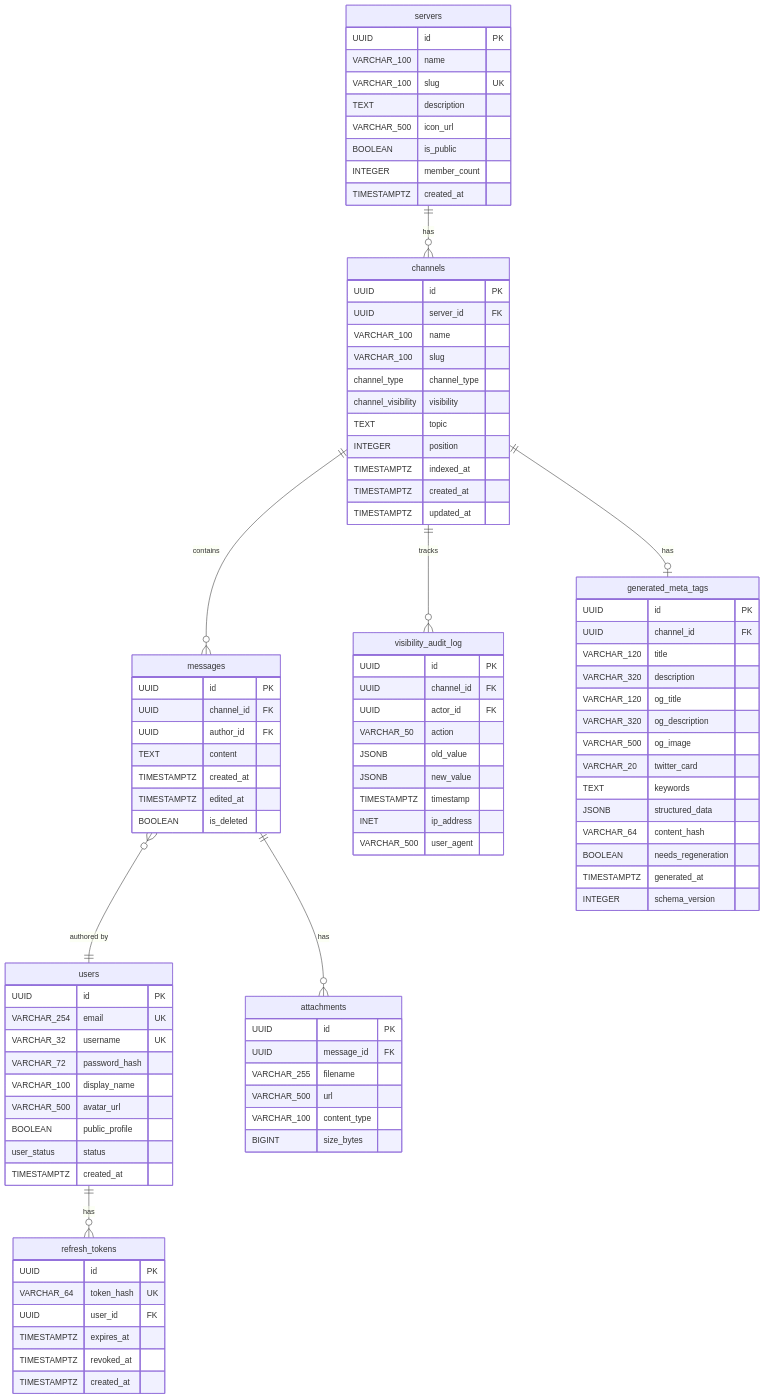
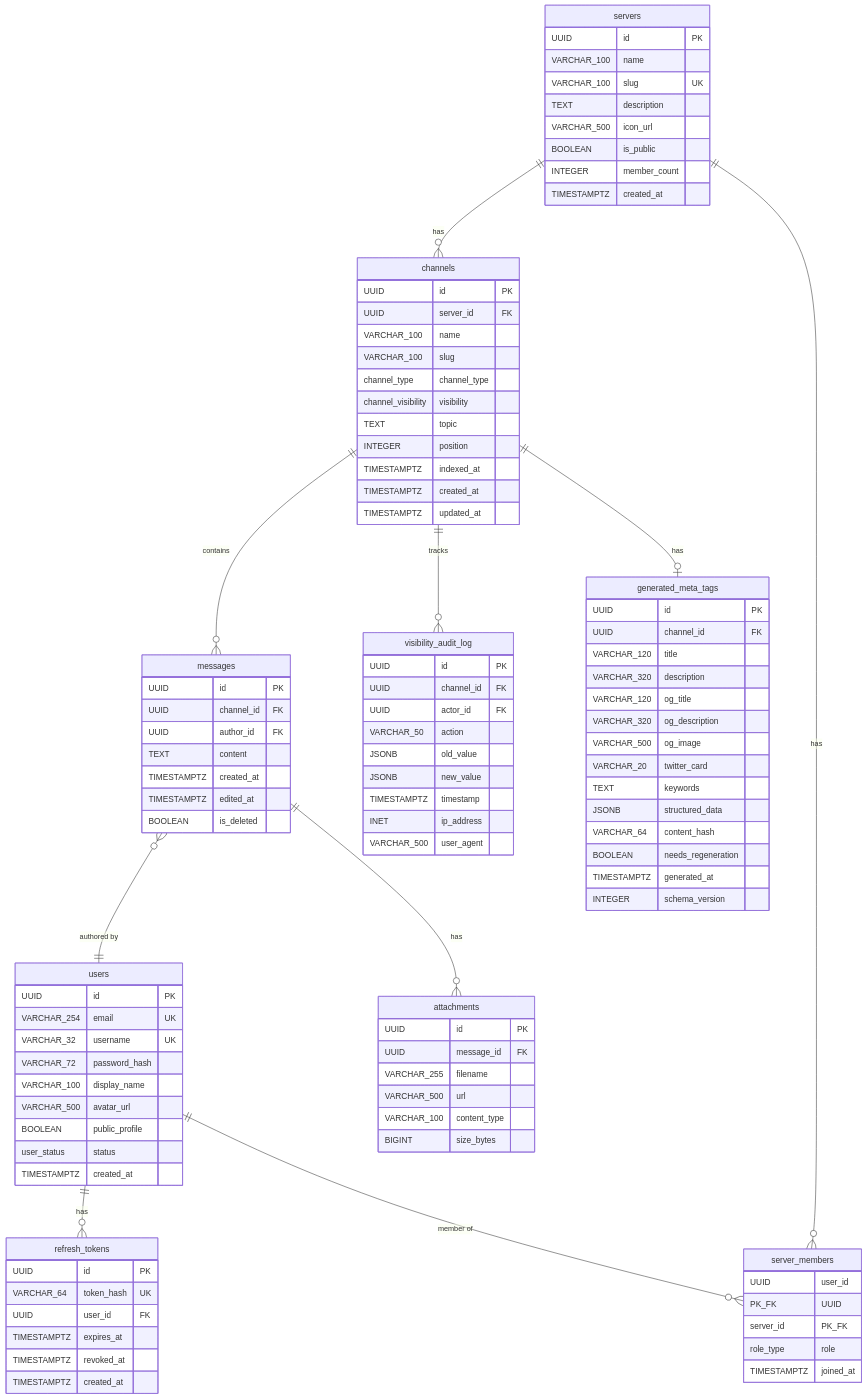
One commit to acabrera04/Harmony changed the tenth of 24 diagrams in docs/unified-backend-architecture.md. Above: the diagram before and after it, drawn with Mermaid. The commit also changed other lines of this file and 3 other files, not shown here.

First line of the commit message:
fix: apply all PR #141 review suggestions + update architecture docs

````diff
--- a/docs/unified-backend-architecture.md
+++ b/docs/unified-backend-architecture.md
@@ -714,12 +741,14 @@
 ```mermaid
 erDiagram
     servers ||--o{ channels : "has"
+    servers ||--o{ server_members : "has"
     channels ||--o{ messages : "contains"
     channels ||--o{ visibility_audit_log : "tracks"
     channels ||--o| generated_meta_tags : "has"
     messages }o--|| users : "authored by"
     messages ||--o{ attachments : "has"
     users ||--o{ refresh_tokens : "has"
+    users ||--o{ server_members : "member of"
 
     servers {
         UUID id PK
@@ -814,4 +843,11 @@
         TIMESTAMPTZ generated_at
         INTEGER schema_version
     }
+
+    server_members {
+        UUID user_id PK_FK
+        UUID server_id PK_FK
+        role_type role
+        TIMESTAMPTZ joined_at
+    }
 ```
````
